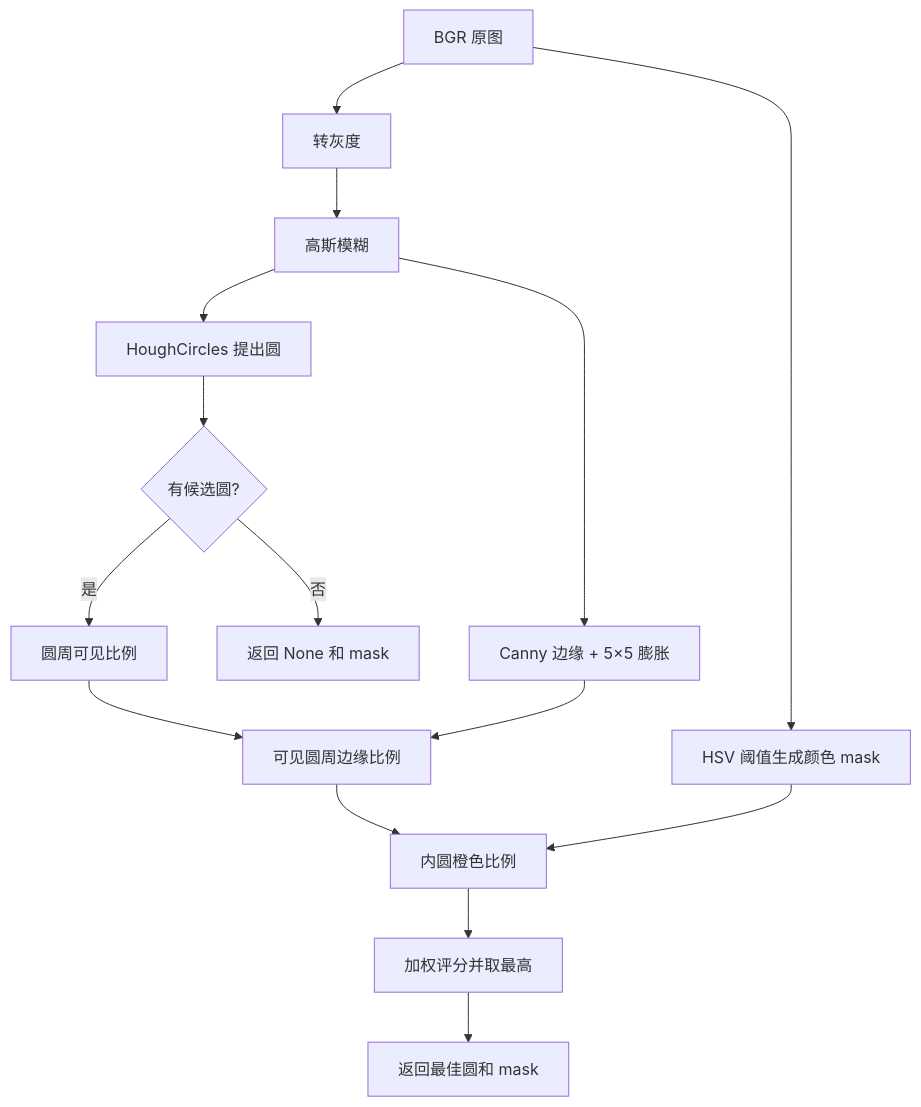
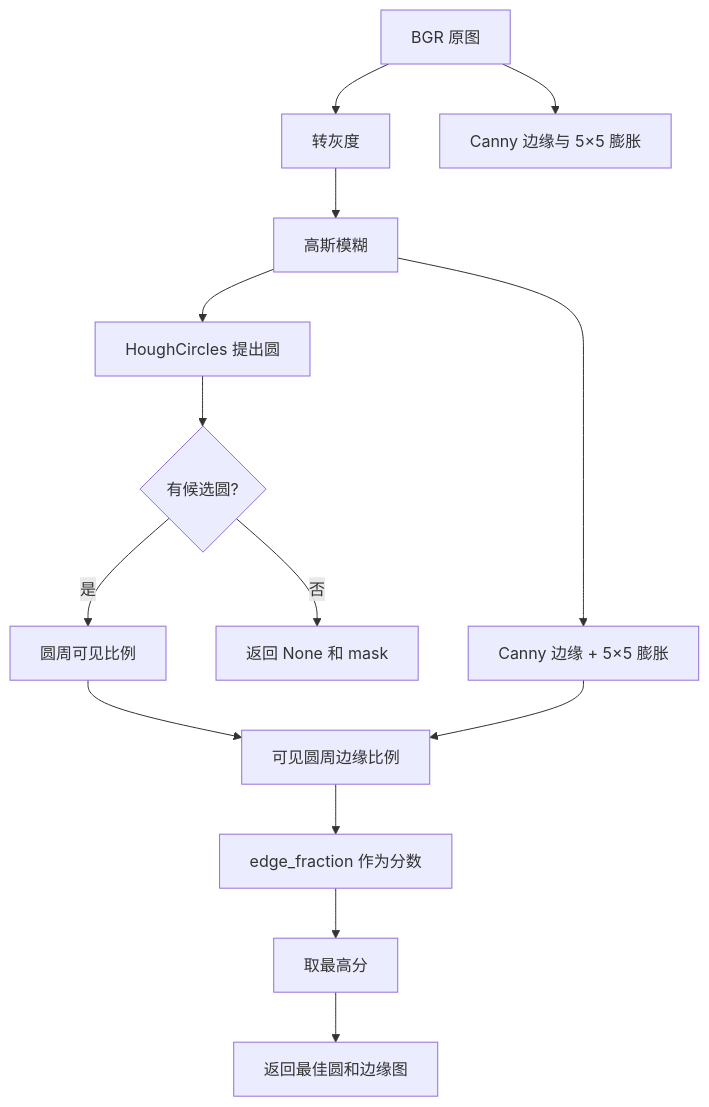
One commit to Umatrr/basketball-hough-ros2 changed the second of 2 diagrams in docs/code-walkthrough.md. Above: the diagram before and after it, drawn with Mermaid. The commit also changed other lines of this file and 3 other files, not shown here.

````diff
--- a/docs/code-walkthrough.md
+++ b/docs/code-walkthrough.md
@@ -133,17 +133,16 @@
 ```mermaid
 flowchart TD
     A[BGR 原图] --> B[转灰度]
     B --> C[高斯模糊]
     C --> D[HoughCircles 提出圆]
     C --> E[Canny 边缘 + 5×5 膨胀]
-    A --> F[HSV 阈值生成颜色 mask]
+    A --> F[Canny 边缘与 5×5 膨胀]
     D --> G{有候选圆?}
     G -->|否| N[返回 None 和 mask]
     G -->|是| H[圆周可见比例]
     H --> I[可见圆周边缘比例]
-    I --> J[内圆橙色比例]
-    J --> K[加权评分并取最高]
+    I --> J[edge_fraction 作为分数]
+    J --> K[取最高分]
     E --> I
-    F --> J
-    K --> L[返回最佳圆和 mask]
+    K --> L[返回最佳圆和边缘图]
 ```
````
